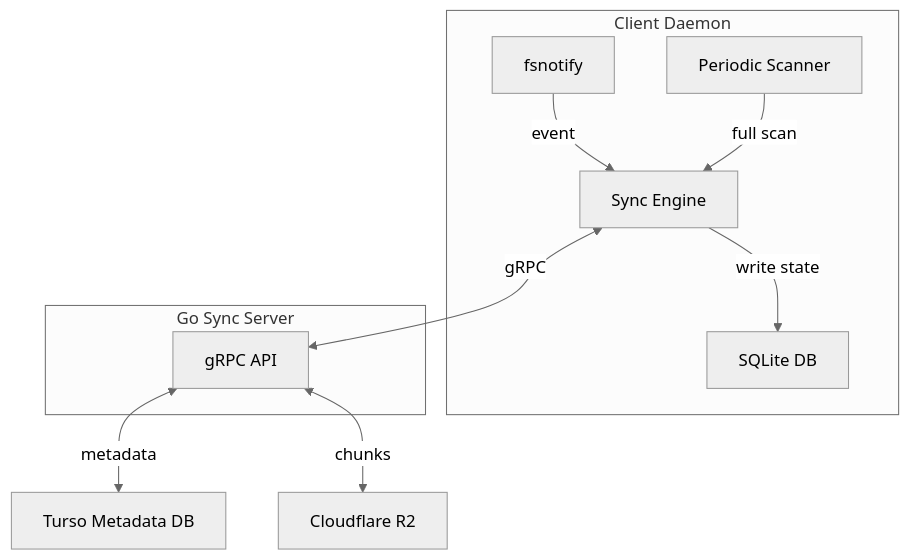
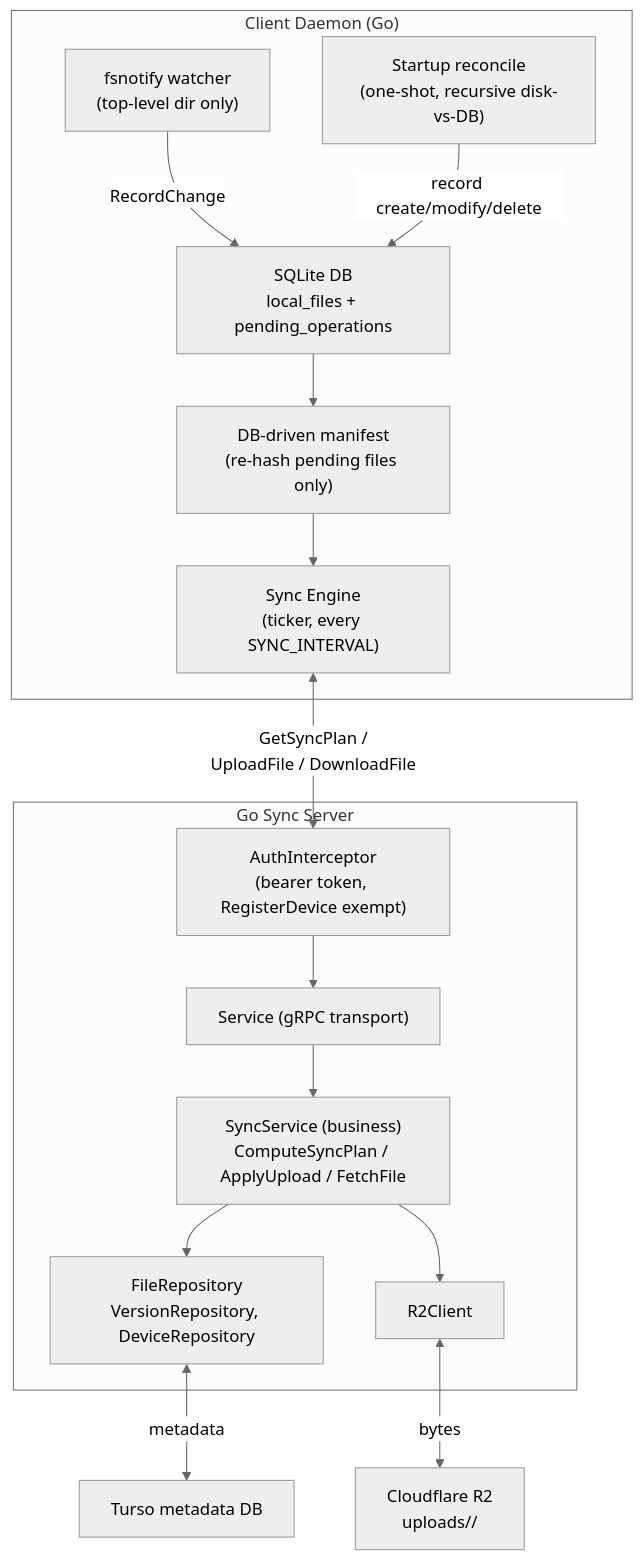
Before and after one commit to ShivangNagta/data_sync: the diagram in README.md, drawn with Mermaid (neutral theme). The commit also changed other lines of this file and 11 other files, not shown here.

````diff
--- a/README.md
+++ b/README.md
@@ -7,23 +7,35 @@
 ```mermaid
 flowchart TB
-    subgraph Client["Client Daemon"]
-        Watcher["fsnotify"]
-        Scanner["Periodic Scanner"]
-        SyncEngine["Sync Engine"]
-        LocalDB["SQLite DB"]
+    subgraph Client["Client Daemon (Go)"]
+        Watcher["fsnotify watcher<br/>(top-level dir only)"]
+        Reconcile["Startup reconcile<br/>(one-shot, recursive disk-vs-DB)"]
+        LocalDB["SQLite DB<br/>local_files + pending_operations"]
+        Manifest["DB-driven manifest<br/>(re-hash pending files only)"]
+        SyncEngine["Sync Engine<br/>(ticker, every SYNC_INTERVAL)"]
+
+        Watcher -->|"RecordChange"| LocalDB
+        Reconcile -->|"record create/modify/delete"| LocalDB
+        LocalDB --> Manifest
+        Manifest --> SyncEngine
     end
 
     subgraph Server["Go Sync Server"]
-        API["gRPC API"]
+        Auth["AuthInterceptor<br/>(bearer token, RegisterDevice exempt)"]
+        Transport["Service (gRPC transport)"]
+        App["SyncService (business)<br/>ComputeSyncPlan / ApplyUpload / FetchFile"]
+        Repos["FileRepository<br/>VersionRepository, DeviceRepository"]
+        R2Client["R2Client"]
+
+        Auth --> Transport
+        Transport --> App
+        App --> Repos
+        App --> R2Client
     end
 
-    Turso["Turso Metadata DB"]
-    R2["Cloudflare R2"]
+    Turso["Turso metadata DB"]
+    R2["Cloudflare R2<br/>uploads/<file_id>/<version_id>"]
 
-    Watcher -->|"event"| SyncEngine
-    Scanner -->|"full scan"| SyncEngine
-    SyncEngine -->|"write state"| LocalDB
-    SyncEngine <-->|"gRPC"| API
-    API <-->|"metadata"| Turso
-    API <-->|"chunks"| R2
+    SyncEngine <-->|"GetSyncPlan /<br/>UploadFile / DownloadFile"| Auth
+    Repos <-->|"metadata"| Turso
+    R2Client <-->|"bytes"| R2
 ```
````
